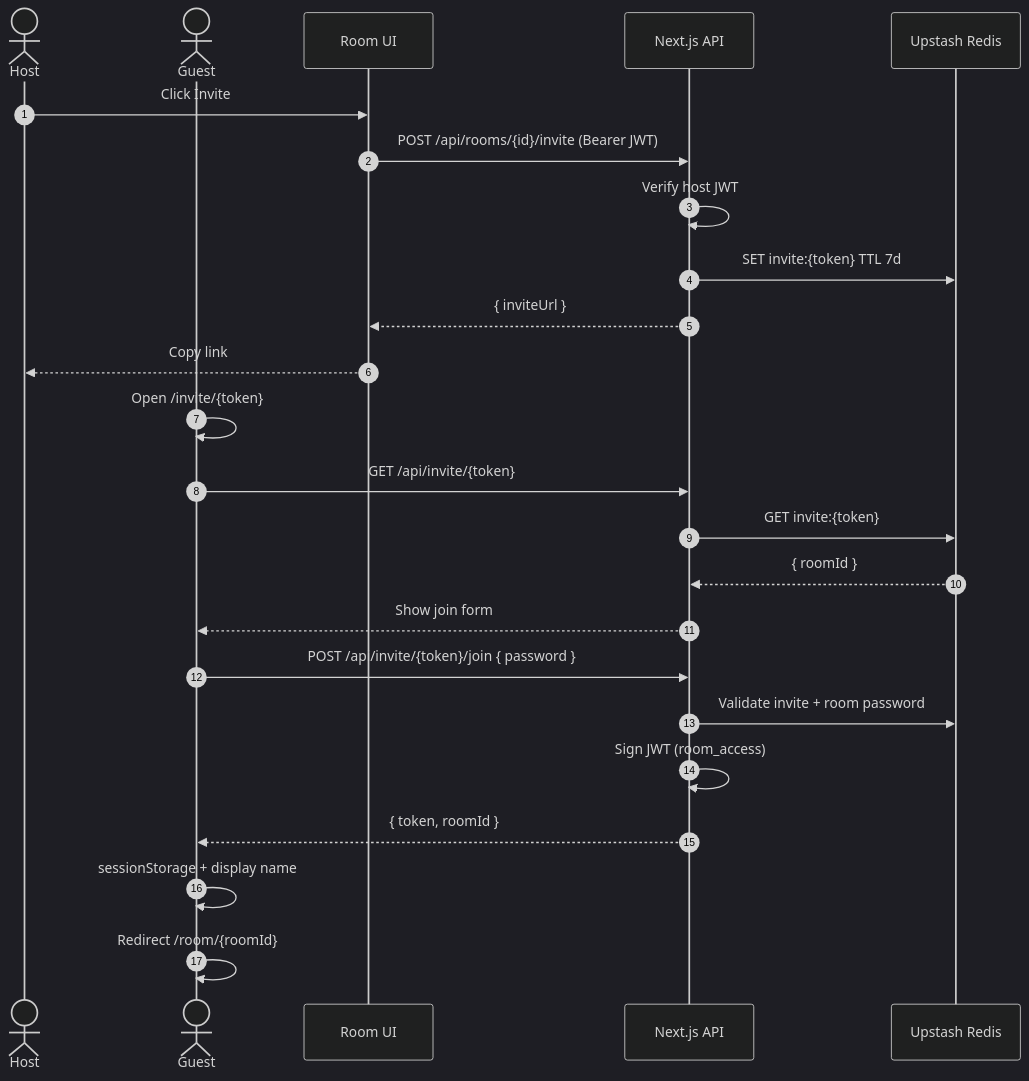
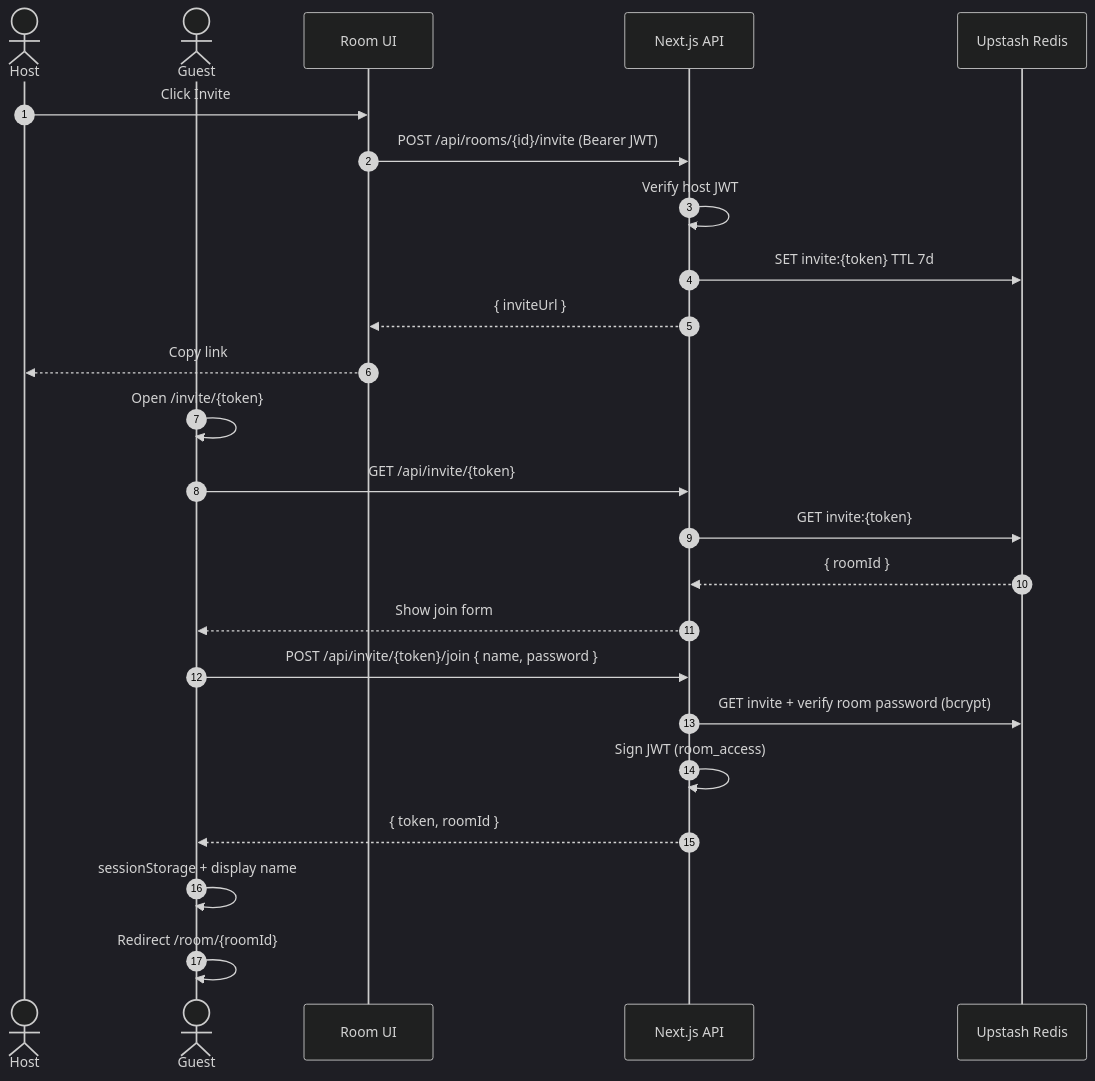
Before and after one commit to subhm2004/SheetSketch: the fifth of 7 diagrams in README.md, drawn with Mermaid (dark theme). The commit also changed other lines of this file, not shown here.

````diff
--- a/README.md
+++ b/README.md
@@ -268,29 +291,29 @@
 ```mermaid
 sequenceDiagram
   autonumber
   actor Host
   actor Guest
   participant Room as Room UI
   participant API as Next.js API
   participant Redis as Upstash Redis
 
   Host->>Room: Click Invite
   Room->>API: POST /api/rooms/{id}/invite (Bearer JWT)
   API->>API: Verify host JWT
   API->>Redis: SET invite:{token} TTL 7d
   API-->>Room: { inviteUrl }
   Room-->>Host: Copy link
 
   Guest->>Guest: Open /invite/{token}
   Guest->>API: GET /api/invite/{token}
   API->>Redis: GET invite:{token}
   Redis-->>API: { roomId }
   API-->>Guest: Show join form
 
-  Guest->>API: POST /api/invite/{token}/join { password }
-  API->>Redis: Validate invite + room password
+  Guest->>API: POST /api/invite/{token}/join { name, password }
+  API->>Redis: GET invite + verify room password (bcrypt)
   API->>API: Sign JWT (room_access)
   API-->>Guest: { token, roomId }
   Guest->>Guest: sessionStorage + display name
   Guest->>Guest: Redirect /room/{roomId}
 ```
````
